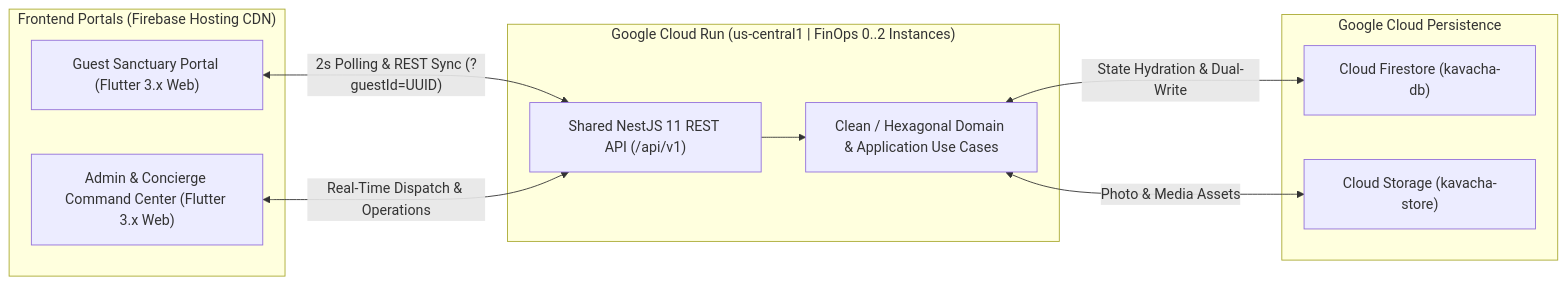
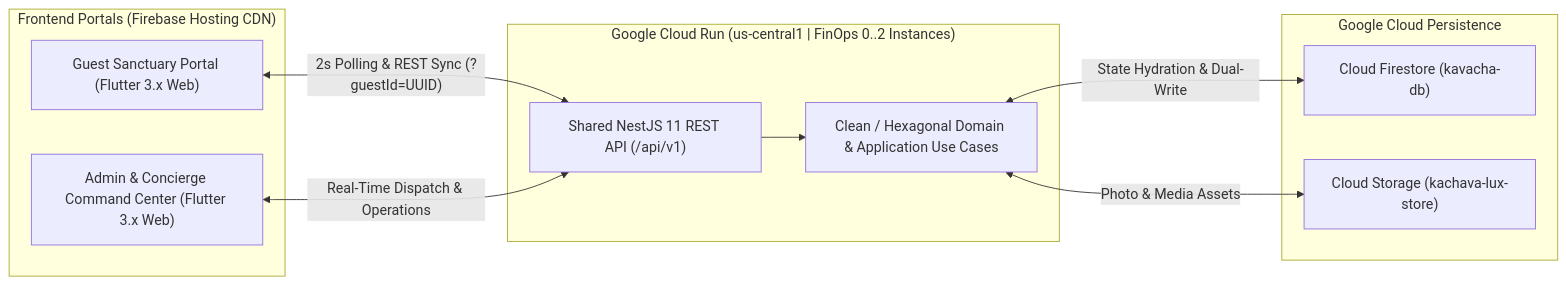
One commit to richimself92/kachava-lux-guest-experience-app changed the diagram in README.md. Above: the diagram before and after it, drawn with Mermaid. The commit also changed other lines of this file and 15 other files, not shown here.

First line of the commit message:
chore: make kachava-lux-guest-experience the only deploy target

````diff
--- a/README.md
+++ b/README.md
@@ -22,23 +22,23 @@
 ```mermaid
 flowchart LR
     subgraph Clients["Frontend Portals (Firebase Hosting CDN)"]
         Guest["Guest Sanctuary Portal (Flutter 3.x Web)"]
         Admin["Admin & Concierge Command Center (Flutter 3.x Web)"]
     end
 
     subgraph CloudRun["Google Cloud Run (us-central1 | FinOps 0..2 Instances)"]
         API["Shared NestJS 11 REST API (/api/v1)"]
         Hex["Clean / Hexagonal Domain & Application Use Cases"]
     end
 
     subgraph Persistence["Google Cloud Persistence"]
         Firestore["Cloud Firestore (kavacha-db)"]
-        Storage["Cloud Storage (kavacha-store)"]
+        Storage["Cloud Storage (kachava-lux-store)"]
     end
 
     Guest <-->|"2s Polling & REST Sync (?guestId=UUID)"| API
     Admin <-->|"Real-Time Dispatch & Operations"| API
     API --> Hex
     Hex <-->|"State Hydration & Dual-Write"| Firestore
     Hex <-->|"Photo & Media Assets"| Storage
 ```
````
